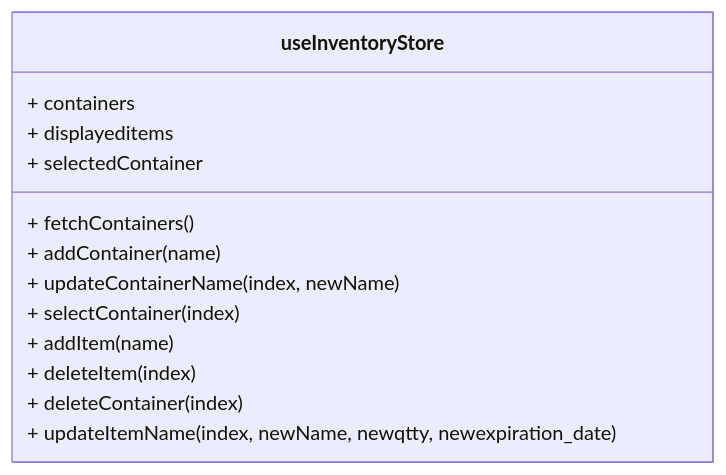
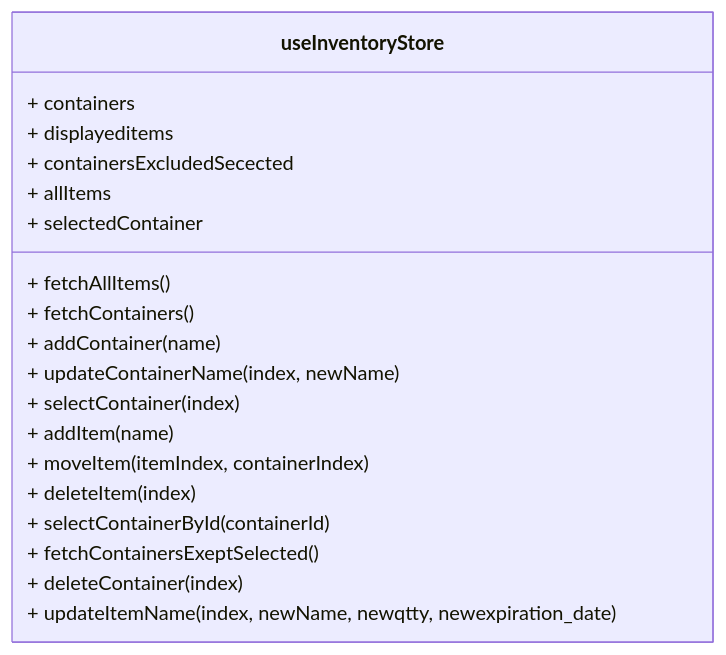
The third of 22 diagrams in Project Details/frontend/frontend.md (dpatrik0610/HomeInventory), drawn with Mermaid before and after one commit. The commit also changed other lines of this file, not shown here.

````diff
--- a/Project Details/frontend/frontend.md
+++ b/Project Details/frontend/frontend.md
@@ -66,16 +59,22 @@
    ```mermaid
    classDiagram
    class useInventoryStore {
      + containers
      + displayeditems
+     + containersExcludedSecected
+     + allItems
      + selectedContainer
+     + fetchAllItems()
      + fetchContainers()
      + addContainer(name)
      + updateContainerName(index, newName)
      + selectContainer(index)
      + addItem(name)
+     + moveItem(itemIndex, containerIndex)
      + deleteItem(index)
+     + selectContainerById(containerId)
+     + fetchContainersExeptSelected()
      + deleteContainer(index)
      + updateItemName(index, newName, newqtty, newexpiration_date)
    }
    ```
````
